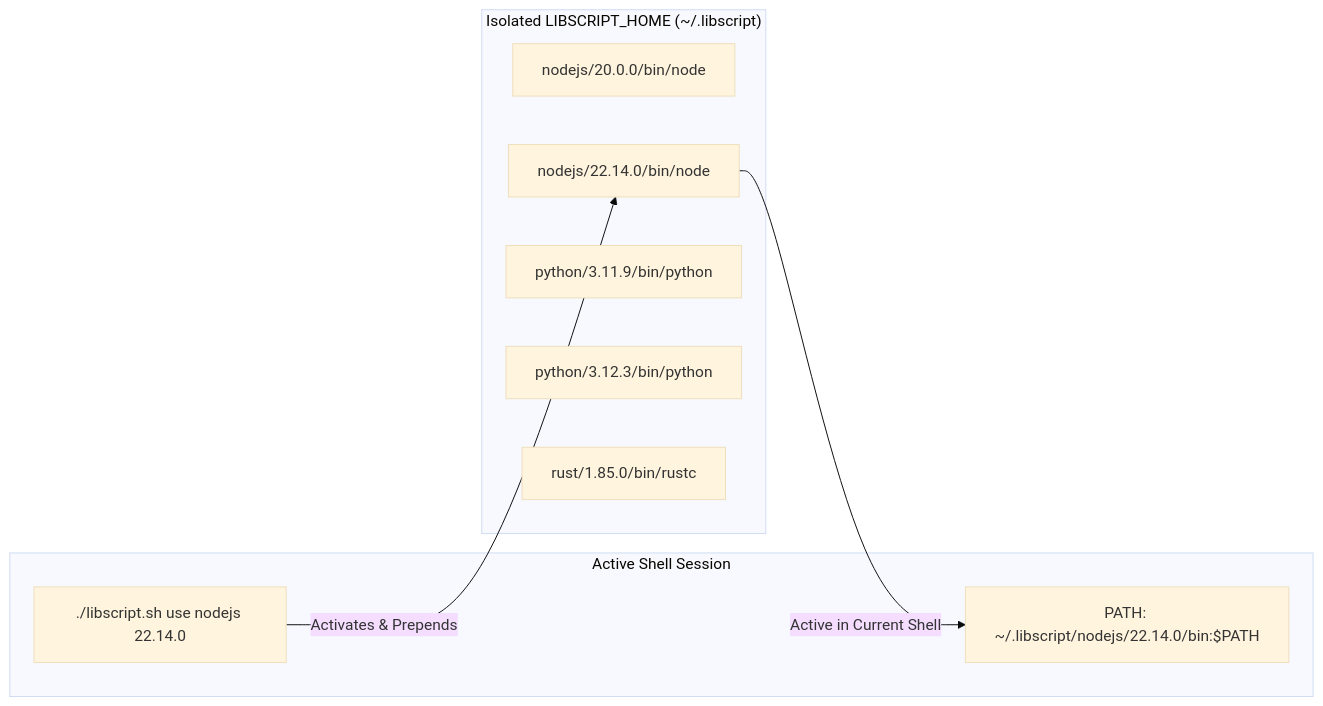
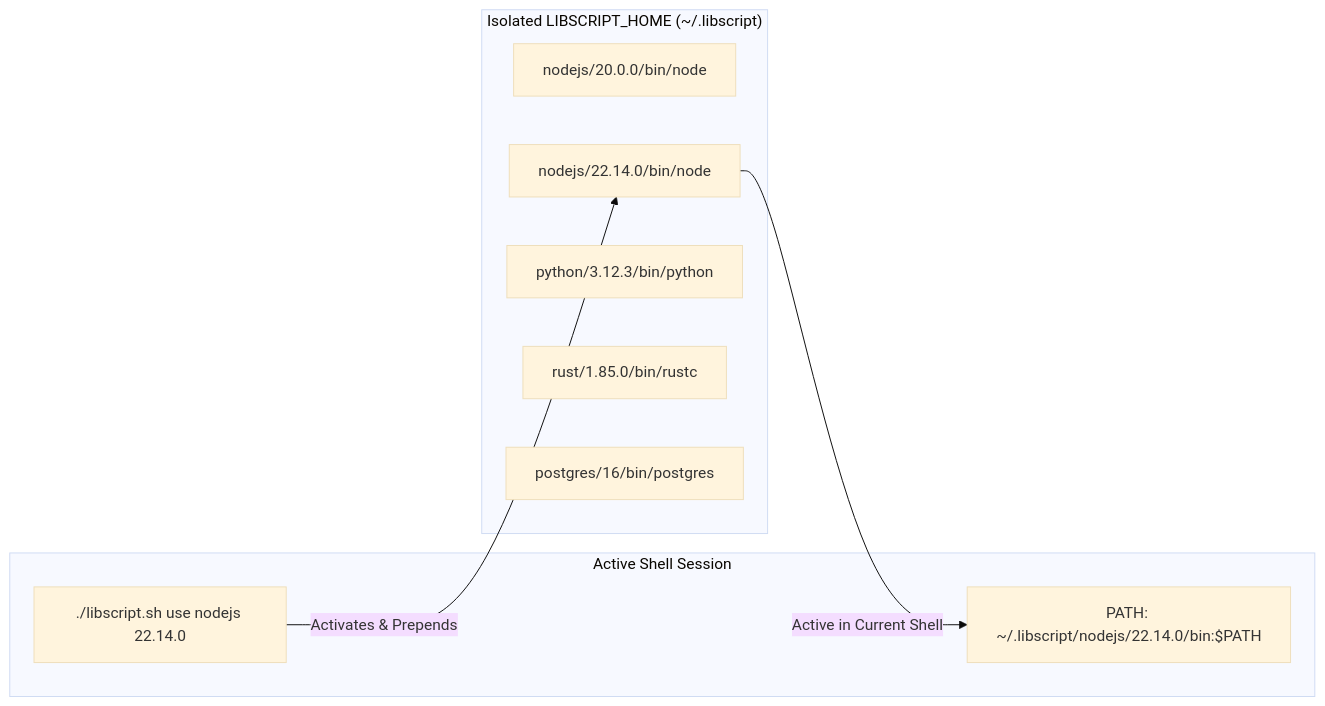
The second of 5 diagrams in README.md (SamuelMarks/libscript), drawn with Mermaid (base theme) before and after one commit. The commit also changed other lines of this file and 3561 other files, not shown here.

````diff
--- a/README.md
+++ b/README.md
@@ -70,18 +113,18 @@
 ```mermaid
 flowchart LR
     subgraph DevShell[Active Shell Session]
         CMD["./libscript.sh use nodejs 22.14.0"]
         PathEnv["PATH: ~/.libscript/nodejs/22.14.0/bin:$PATH"]
     end
 
     subgraph Sandbox["Isolated LIBSCRIPT_HOME (~/.libscript)"]
         Node20["nodejs/20.0.0/bin/node"]
         Node22["nodejs/22.14.0/bin/node"]
-        Py311["python/3.11.9/bin/python"]
         Py312["python/3.12.3/bin/python"]
         Rust185["rust/1.85.0/bin/rustc"]
+        Pg16["postgres/16/bin/postgres"]
     end
 
     CMD -->|Activates & Prepends| Node22
     Node22 -->|Active in Current Shell| PathEnv
 ```
````
